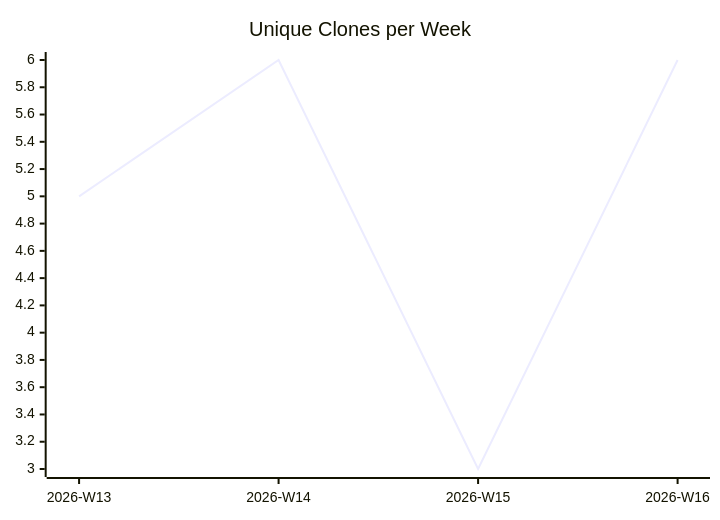
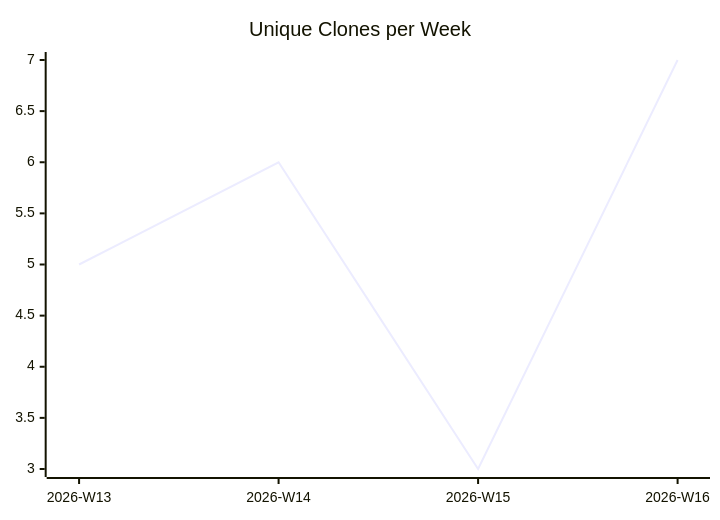
The third of 3 diagrams in karlmdavis/kxml2/README.md (justdavis-family/github-analytics-data), drawn with Mermaid before and after one commit. The commit also changed other lines of this file and 190 other files, not shown here.

````diff
--- a/karlmdavis/kxml2/README.md
+++ b/karlmdavis/kxml2/README.md
@@ -19,6 +19,6 @@
 ```mermaid
 xychart-beta
   title "Unique Clones per Week"
   x-axis ["2026-W13", "2026-W14", "2026-W15", "2026-W16"]
-  line [5, 6, 3, 6]
+  line [5, 6, 3, 7]
 ```
````
